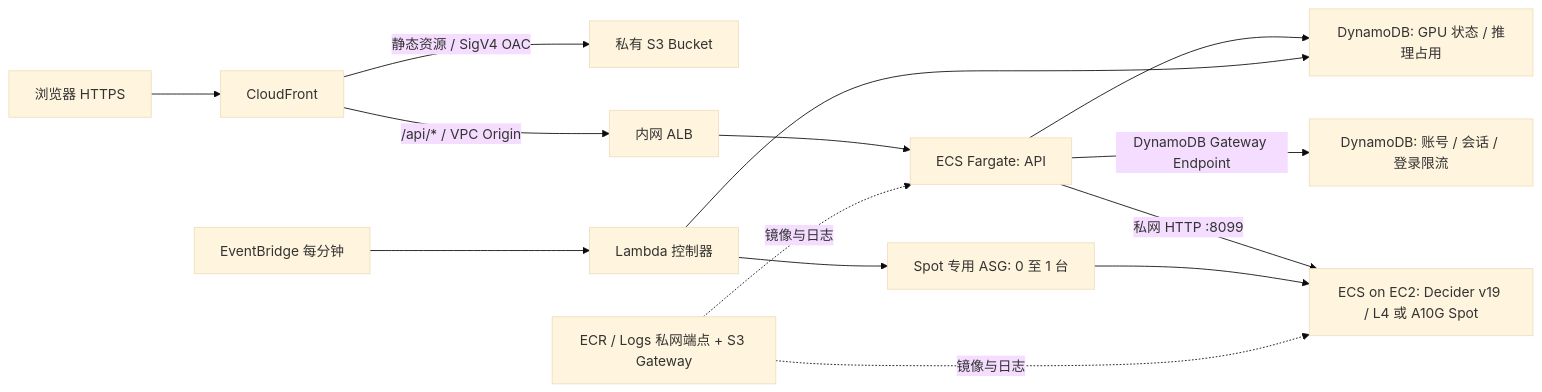
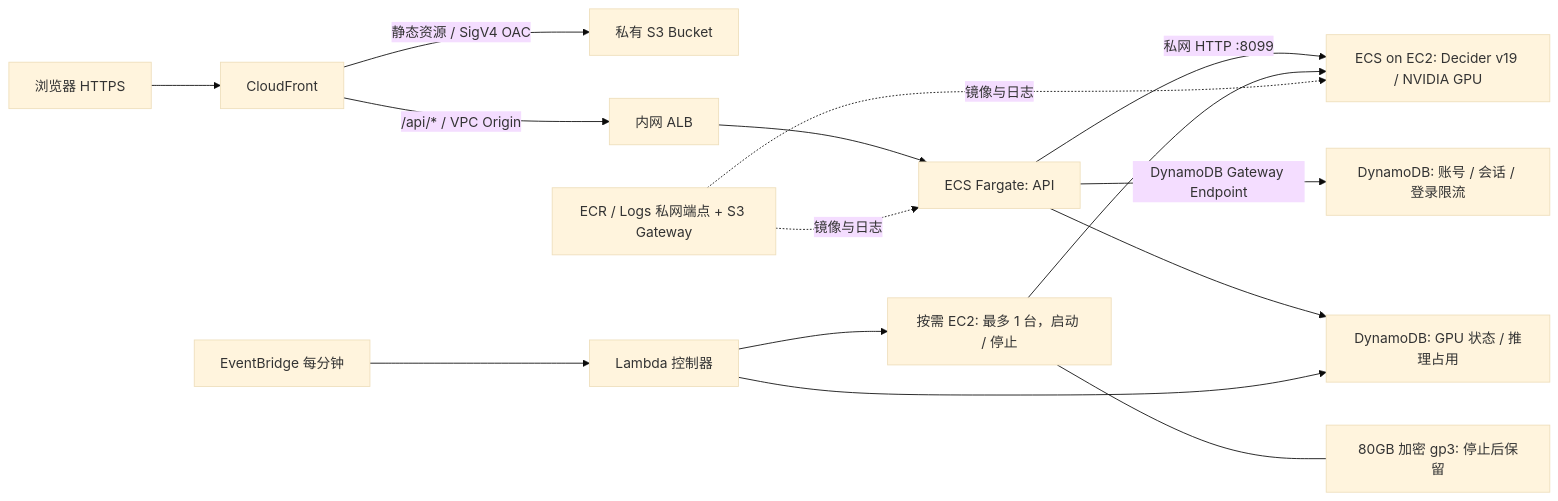
One commit to milan9527/StrandsDecider changed the diagram in deployment/README.md. Above: the diagram before and after it, drawn with Mermaid (base theme). The commit also changed other lines of this file and 15 other files, not shown here.

````diff
--- a/deployment/README.md
+++ b/deployment/README.md
@@ -7,16 +7,17 @@
 ```mermaid
 flowchart LR
     Browser[浏览器 HTTPS] --> CF[CloudFront]
     CF -->|静态资源 / SigV4 OAC| S3[私有 S3 Bucket]
     CF -->|/api/* / VPC Origin| ALB[内网 ALB]
     ALB --> API[ECS Fargate: API]
-    API -->|私网 HTTP :8099| Model[ECS on EC2: Decider v19 / L4 或 A10G Spot]
+    API -->|私网 HTTP :8099| Model[ECS on EC2: Decider v19 / NVIDIA GPU]
     API -->|DynamoDB Gateway Endpoint| Auth[DynamoDB: 账号 / 会话 / 登录限流]
     API --> State[DynamoDB: GPU 状态 / 推理占用]
     Timer[EventBridge 每分钟] --> Controller[Lambda 控制器]
     Controller --> State
-    Controller --> ASG[Spot 专用 ASG: 0 至 1 台]
-    ASG --> Model
+    Controller --> EC2[按需 EC2: 最多 1 台，启动 / 停止]
+    EC2 --> Model
+    EC2 --- EBS[80GB 加密 gp3: 停止后保留]
     Endpoints[ECR / Logs 私网端点 + S3 Gateway] -.镜像与日志.-> API
     Endpoints -.镜像与日志.-> Model
 ```
````
